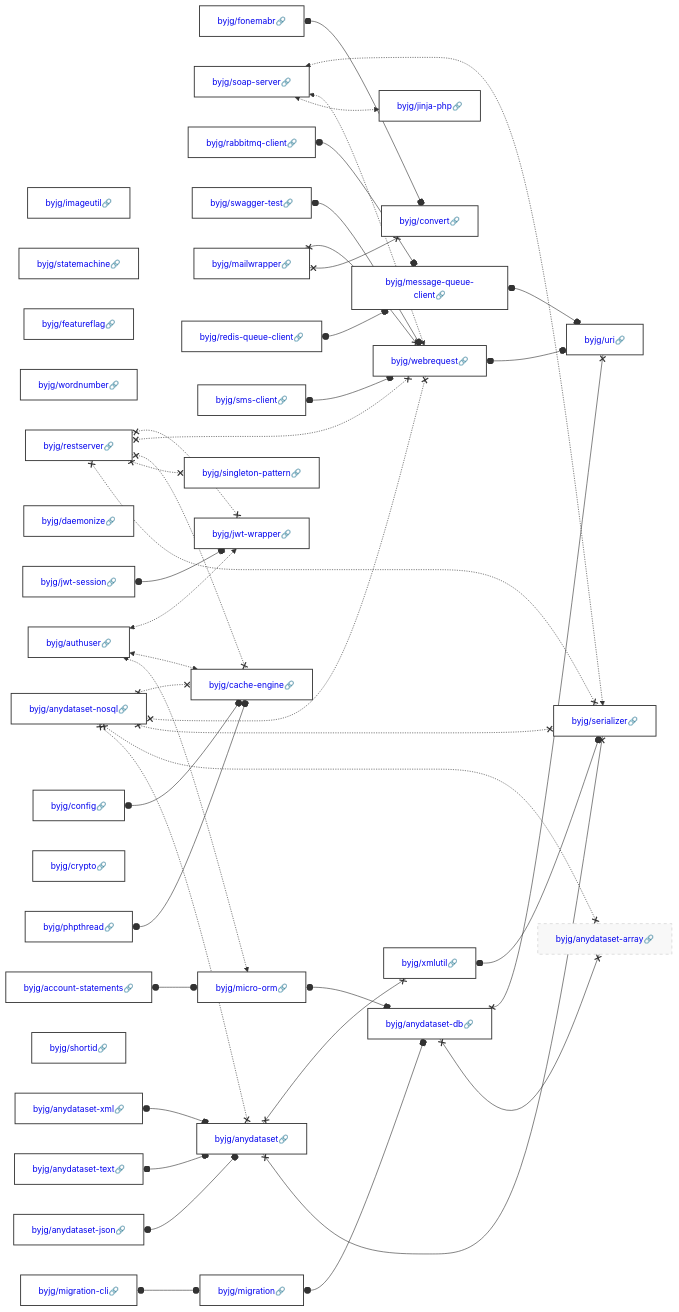
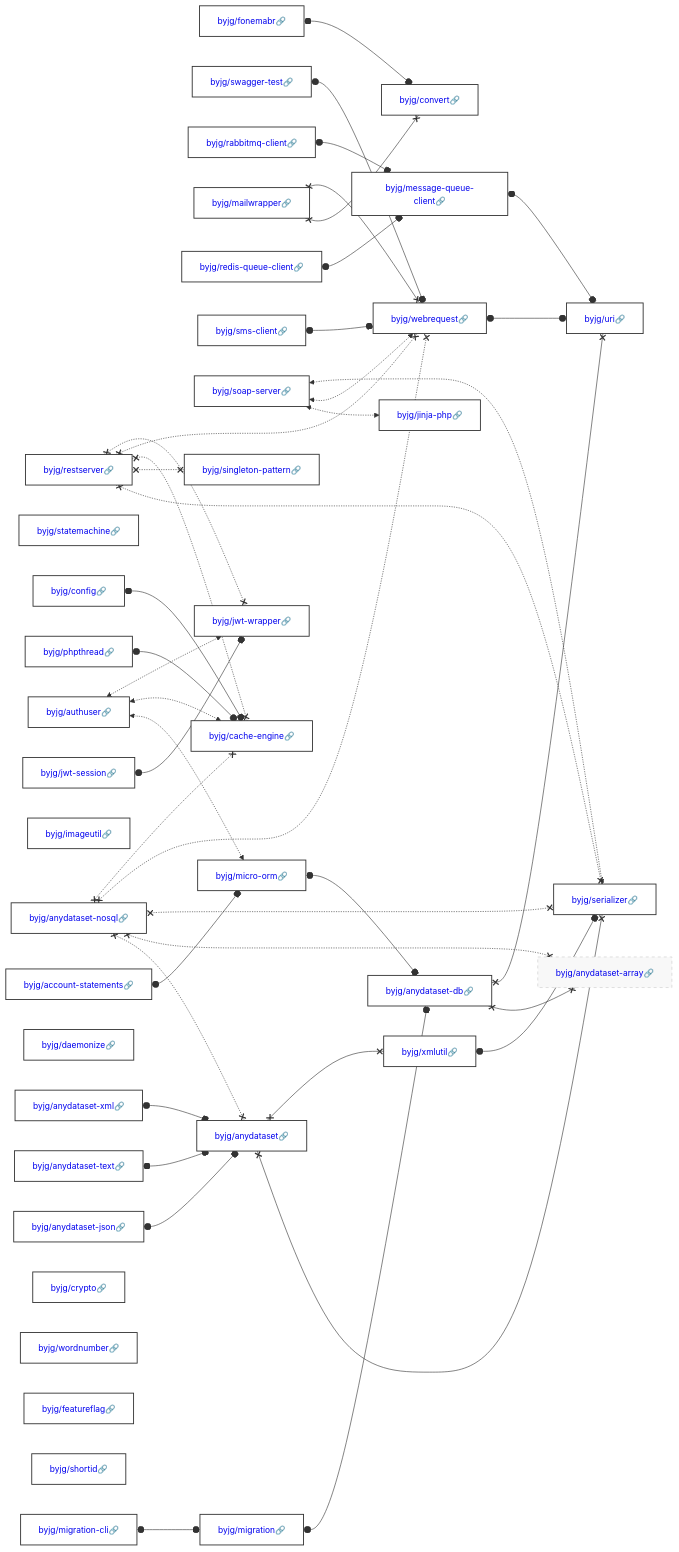
One commit to byjg/byjg.github.io changed the diagram in docs/php/README.md. Above: the diagram before and after it, drawn with Mermaid. The commit also changed other lines of this file, not shown here.

Commit message:
Update documentation 'php' 'php-jwt-wrapper'

````diff
--- a/docs/php/README.md
+++ b/docs/php/README.md
@@ -3,40 +3,40 @@
 ```mermaid
 graph LR;
   byjg/fonemabr[<a href='https://opensource.byjg.com/docs/php/fonemabr' style='text-decoration:none'>byjg/fonemabr🔗</a>];
+  byjg/restserver[<a href='https://opensource.byjg.com/docs/php/restserver' style='text-decoration:none'>byjg/restserver🔗</a>];
+  byjg/statemachine[<a href='https://opensource.byjg.com/docs/php/statemachine' style='text-decoration:none'>byjg/statemachine🔗</a>];
+  byjg/config[<a href='https://opensource.byjg.com/docs/php/config' style='text-decoration:none'>byjg/config🔗</a>];
+  byjg/anydataset-text[<a href='https://opensource.byjg.com/docs/php/anydataset-text' style='text-decoration:none'>byjg/anydataset-text🔗</a>];
+  byjg/swagger-test[<a href='https://opensource.byjg.com/docs/php/swagger-test' style='text-decoration:none'>byjg/swagger-test🔗</a>];
+  byjg/migration-cli[<a href='https://opensource.byjg.com/docs/php/migration-cli' style='text-decoration:none'>byjg/migration-cli🔗</a>];
+  byjg/rabbitmq-client[<a href='https://opensource.byjg.com/docs/php/rabbitmq-client' style='text-decoration:none'>byjg/rabbitmq-client🔗</a>];
+  byjg/mailwrapper[<a href='https://opensource.byjg.com/docs/php/mailwrapper' style='text-decoration:none'>byjg/mailwrapper🔗</a>];
+  byjg/authuser[<a href='https://opensource.byjg.com/docs/php/authuser' style='text-decoration:none'>byjg/authuser🔗</a>];
   byjg/imageutil[<a href='https://opensource.byjg.com/docs/php/imageutil' style='text-decoration:none'>byjg/imageutil🔗</a>];
-  byjg/statemachine[<a href='https://opensource.byjg.com/docs/php/statemachine' style='text-decoration:none'>byjg/statemachine🔗</a>];
+  byjg/phpthread[<a href='https://opensource.byjg.com/docs/php/phpthread' style='text-decoration:none'>byjg/phpthread🔗</a>];
+  byjg/redis-queue-client[<a href='https://opensource.byjg.com/docs/php/redis-queue-client' style='text-decoration:none'>byjg/redis-queue-client🔗</a>];
+  byjg/anydataset-nosql[<a href='https://opensource.byjg.com/docs/php/anydataset-nosql' style='text-decoration:none'>byjg/anydataset-nosql🔗</a>];
+  byjg/sms-client[<a href='https://opensource.byjg.com/docs/php/sms-client' style='text-decoration:none'>byjg/sms-client🔗</a>];
+  byjg/daemonize[<a href='https://opensource.byjg.com/docs/php/daemonize' style='text-decoration:none'>byjg/daemonize🔗</a>];
+  byjg/account-statements[<a href='https://opensource.byjg.com/docs/php/account-statements' style='text-decoration:none'>byjg/account-statements🔗</a>];
+  byjg/jwt-session[<a href='https://opensource.byjg.com/docs/php/jwt-session' style='text-decoration:none'>byjg/jwt-session🔗</a>];
+  byjg/anydataset-json[<a href='https://opensource.byjg.com/docs/php/anydataset-json' style='text-decoration:none'>byjg/anydataset-json🔗</a>];
+  byjg/soap-server[<a href='https://opensource.byjg.com/docs/php/soap-server' style='text-decoration:none'>byjg/soap-server🔗</a>];
+  byjg/crypto[<a href='https://opensource.byjg.com/docs/php/crypto' style='text-decoration:none'>byjg/crypto🔗</a>];
+  byjg/wordnumber[<a href='https://opensource.byjg.com/docs/php/wordnumber' style='text-decoration:none'>byjg/wordnumber🔗</a>];
   byjg/featureflag[<a href='https://opensource.byjg.com/docs/php/featureflag' style='text-decoration:none'>byjg/featureflag🔗</a>];
-  byjg/soap-server[<a href='https://opensource.byjg.com/docs/php/soap-server' style='text-decoration:none'>byjg/soap-server🔗</a>];
-  byjg/wordnumber[<a href='https://opensource.byjg.com/docs/php/wordnumber' style='text-decoration:none'>byjg/wordnumber🔗</a>];
+  byjg/shortid[<a href='https://opensource.byjg.com/docs/php/shortid' style='text-decoration:none'>byjg/shortid🔗</a>];
   byjg/anydataset-xml[<a href='https://opensource.byjg.com/docs/php/anydataset-xml' style='text-decoration:none'>byjg/anydataset-xml🔗</a>];
-  byjg/daemonize[<a href='https://opensource.byjg.com/docs/php/daemonize' style='text-decoration:none'>byjg/daemonize🔗</a>];
-  byjg/rabbitmq-client[<a href='https://opensource.byjg.com/docs/php/rabbitmq-client' style='text-decoration:none'>byjg/rabbitmq-client🔗</a>];
-  byjg/swagger-test[<a href='https://opensource.byjg.com/docs/php/swagger-test' style='text-decoration:none'>byjg/swagger-test🔗</a>];
-  byjg/anydataset-text[<a href='https://opensource.byjg.com/docs/php/anydataset-text' style='text-decoration:none'>byjg/anydataset-text🔗</a>];
-  byjg/account-statements[<a href='https://opensource.byjg.com/docs/php/account-statements' style='text-decoration:none'>byjg/account-statements🔗</a>];
-  byjg/mailwrapper[<a href='https://opensource.byjg.com/docs/php/mailwrapper' style='text-decoration:none'>byjg/mailwrapper🔗</a>];
-  byjg/redis-queue-client[<a href='https://opensource.byjg.com/docs/php/redis-queue-client' style='text-decoration:none'>byjg/redis-queue-client🔗</a>];
-  byjg/migration-cli[<a href='https://opensource.byjg.com/docs/php/migration-cli' style='text-decoration:none'>byjg/migration-cli🔗</a>];
-  byjg/anydataset-nosql[<a href='https://opensource.byjg.com/docs/php/anydataset-nosql' style='text-decoration:none'>byjg/anydataset-nosql🔗</a>];
-  byjg/crypto[<a href='https://opensource.byjg.com/docs/php/crypto' style='text-decoration:none'>byjg/crypto🔗</a>];
-  byjg/jwt-session[<a href='https://opensource.byjg.com/docs/php/jwt-session' style='text-decoration:none'>byjg/jwt-session🔗</a>];
-  byjg/authuser[<a href='https://opensource.byjg.com/docs/php/authuser' style='text-decoration:none'>byjg/authuser🔗</a>];
-  byjg/shortid[<a href='https://opensource.byjg.com/docs/php/shortid' style='text-decoration:none'>byjg/shortid🔗</a>];
-  byjg/phpthread[<a href='https://opensource.byjg.com/docs/php/phpthread' style='text-decoration:none'>byjg/phpthread🔗</a>];
-  byjg/anydataset-json[<a href='https://opensource.byjg.com/docs/php/anydataset-json' style='text-decoration:none'>byjg/anydataset-json🔗</a>];
-  byjg/restserver[<a href='https://opensource.byjg.com/docs/php/restserver' style='text-decoration:none'>byjg/restserver🔗</a>];
-  byjg/sms-client[<a href='https://opensource.byjg.com/docs/php/sms-client' style='text-decoration:none'>byjg/sms-client🔗</a>];
-  byjg/config[<a href='https://opensource.byjg.com/docs/php/config' style='text-decoration:none'>byjg/config🔗</a>];
-  byjg/jinja-php[<a href='https://opensource.byjg.com/docs/php/jinja-php' style='text-decoration:none'>byjg/jinja-php🔗</a>];
+  byjg/singleton-pattern[<a href='https://opensource.byjg.com/docs/php/singleton-pattern' style='text-decoration:none'>byjg/singleton-pattern🔗</a>];
+  byjg/migration[<a href='https://opensource.byjg.com/docs/php/migration' style='text-decoration:none'>byjg/migration🔗</a>];
   byjg/convert[<a href='https://opensource.byjg.com/docs/php/convert' style='text-decoration:none'>byjg/convert🔗</a>];
   byjg/message-queue-client[<a href='https://opensource.byjg.com/docs/php/message-queue-client' style='text-decoration:none'>byjg/message-queue-client🔗</a>];
-  byjg/migration[<a href='https://opensource.byjg.com/docs/php/migration' style='text-decoration:none'>byjg/migration🔗</a>];
+  byjg/cache-engine[<a href='https://opensource.byjg.com/docs/php/cache-engine' style='text-decoration:none'>byjg/cache-engine🔗</a>];
   byjg/micro-orm[<a href='https://opensource.byjg.com/docs/php/micro-orm' style='text-decoration:none'>byjg/micro-orm🔗</a>];
+  byjg/jwt-wrapper[<a href='https://opensource.byjg.com/docs/php/jwt-wrapper' style='text-decoration:none'>byjg/jwt-wrapper🔗</a>];
+  byjg/jinja-php[<a href='https://opensource.byjg.com/docs/php/jinja-php' style='text-decoration:none'>byjg/jinja-php🔗</a>];
+  byjg/webrequest[<a href='https://opensource.byjg.com/docs/php/webrequest' style='text-decoration:none'>byjg/webrequest🔗</a>];
   byjg/anydataset[<a href='https://opensource.byjg.com/docs/php/anydataset' style='text-decoration:none'>byjg/anydataset🔗</a>];
-  byjg/singleton-pattern[<a href='https://opensource.byjg.com/docs/php/singleton-pattern' style='text-decoration:none'>byjg/singleton-pattern🔗</a>];
-  byjg/jwt-wrapper[<a href='https://opensource.byjg.com/docs/php/jwt-wrapper' style='text-decoration:none'>byjg/jwt-wrapper🔗</a>];
-  byjg/webrequest[<a href='https://opensource.byjg.com/docs/php/webrequest' style='text-decoration:none'>byjg/webrequest🔗</a>];
-  byjg/cache-engine[<a href='https://opensource.byjg.com/docs/php/cache-engine' style='text-decoration:none'>byjg/cache-engine🔗</a>];
   byjg/anydataset-db[<a href='https://opensource.byjg.com/docs/php/anydataset-db' style='text-decoration:none'>byjg/anydataset-db🔗</a>];
   byjg/xmlutil[<a href='https://opensource.byjg.com/docs/php/xmlutil' style='text-decoration:none'>byjg/xmlutil🔗</a>];
   byjg/anydataset-array[<a href='https://opensource.byjg.com/docs/php/anydataset-array' style='text-decoration:none'>byjg/anydataset-array🔗</a>];
````
